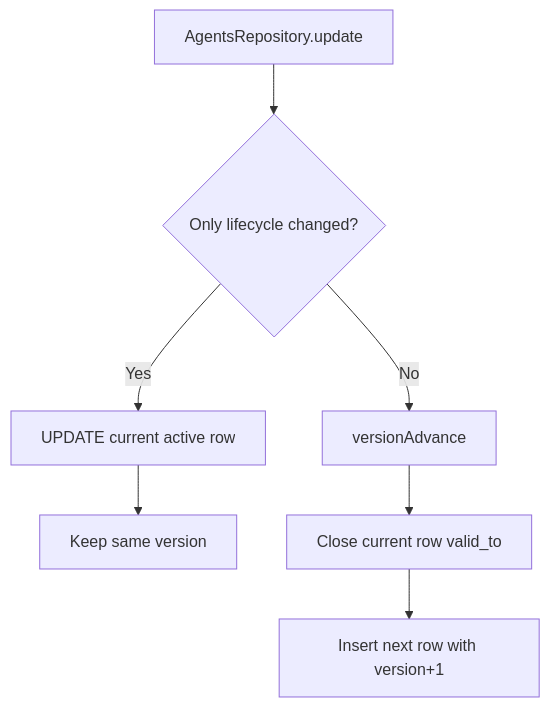
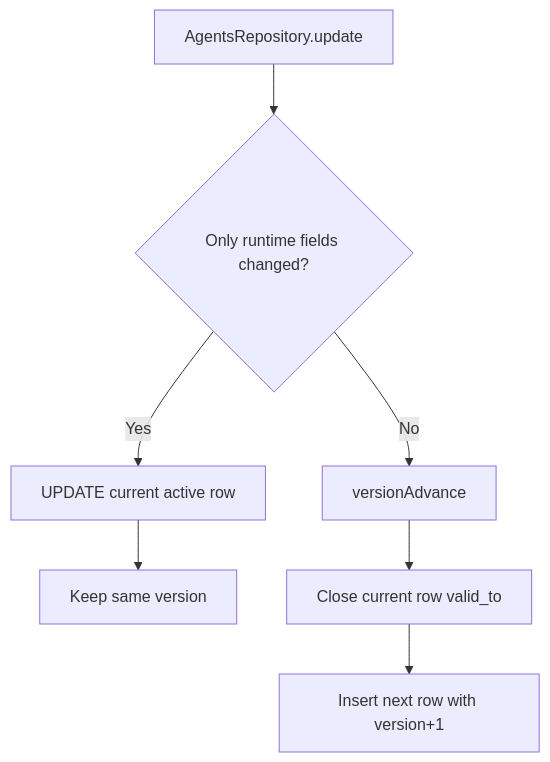
One commit to ex3ndr/daycare changed the diagram in doc/20260301-agent-lifecycle-inplace-update.md. Above: the diagram before and after it, drawn with Mermaid. The commit also changed other lines of this file and 2 other files, not shown here.

Commit message:
fix(storage): keep agent runtime fields in-place

````diff
--- a/doc/20260301-agent-lifecycle-inplace-update.md
+++ b/doc/20260301-agent-lifecycle-inplace-update.md
@@ -14,9 +23,9 @@
 ```mermaid
 flowchart TD
-    A[AgentsRepository.update] --> B{Only lifecycle changed?}
+    A[AgentsRepository.update] --> B{Only runtime fields changed?}
     B -->|Yes| C[UPDATE current active row]
     C --> D[Keep same version]
     B -->|No| E[versionAdvance]
     E --> F[Close current row valid_to]
     F --> G[Insert next row with version+1]
 ```
````
